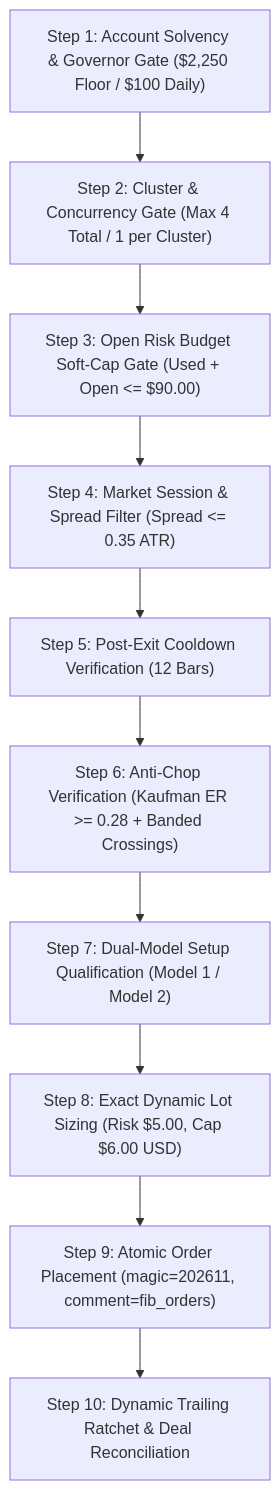
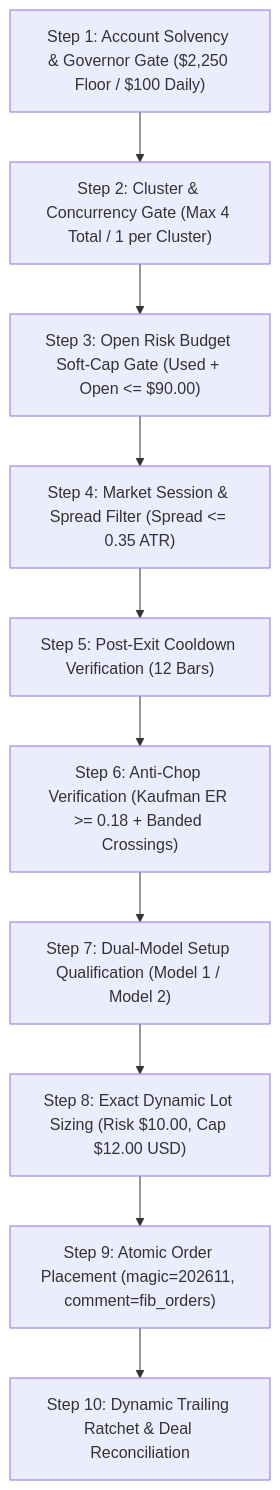
One commit to kbsingh1399/Delta_Fibonacci_Institutional_Business changed the diagram in STANDARDIZED_TRADING_DECISION_CHAIN.md. Above: the diagram before and after it, drawn with Mermaid. The commit also changed other lines of this file and 3 other files, not shown here.

````diff
--- a/STANDARDIZED_TRADING_DECISION_CHAIN.md
+++ b/STANDARDIZED_TRADING_DECISION_CHAIN.md
@@ -41,12 +41,12 @@
 ```mermaid
 flowchart TD
     Step1["Step 1: Account Solvency & Governor Gate ($2,250 Floor / $100 Daily)"] --> Step2["Step 2: Cluster & Concurrency Gate (Max 4 Total / 1 per Cluster)"]
     Step2 --> Step3["Step 3: Open Risk Budget Soft-Cap Gate (Used + Open <= $90.00)"]
     Step3 --> Step4["Step 4: Market Session & Spread Filter (Spread <= 0.35 ATR)"]
     Step4 --> Step5["Step 5: Post-Exit Cooldown Verification (12 Bars)"]
-    Step5 --> Step6["Step 6: Anti-Chop Verification (Kaufman ER >= 0.28 + Banded Crossings)"]
+    Step5 --> Step6["Step 6: Anti-Chop Verification (Kaufman ER >= 0.18 + Banded Crossings)"]
     Step6 --> Step7["Step 7: Dual-Model Setup Qualification (Model 1 / Model 2)"]
-    Step7 --> Step8["Step 8: Exact Dynamic Lot Sizing (Risk $5.00, Cap $6.00 USD)"]
+    Step7 --> Step8["Step 8: Exact Dynamic Lot Sizing (Risk $10.00, Cap $12.00 USD)"]
     Step8 --> Step9["Step 9: Atomic Order Placement (magic=202611, comment=fib_orders)"]
     Step9 --> Step10["Step 10: Dynamic Trailing Ratchet & Deal Reconciliation"]
 ```
````
